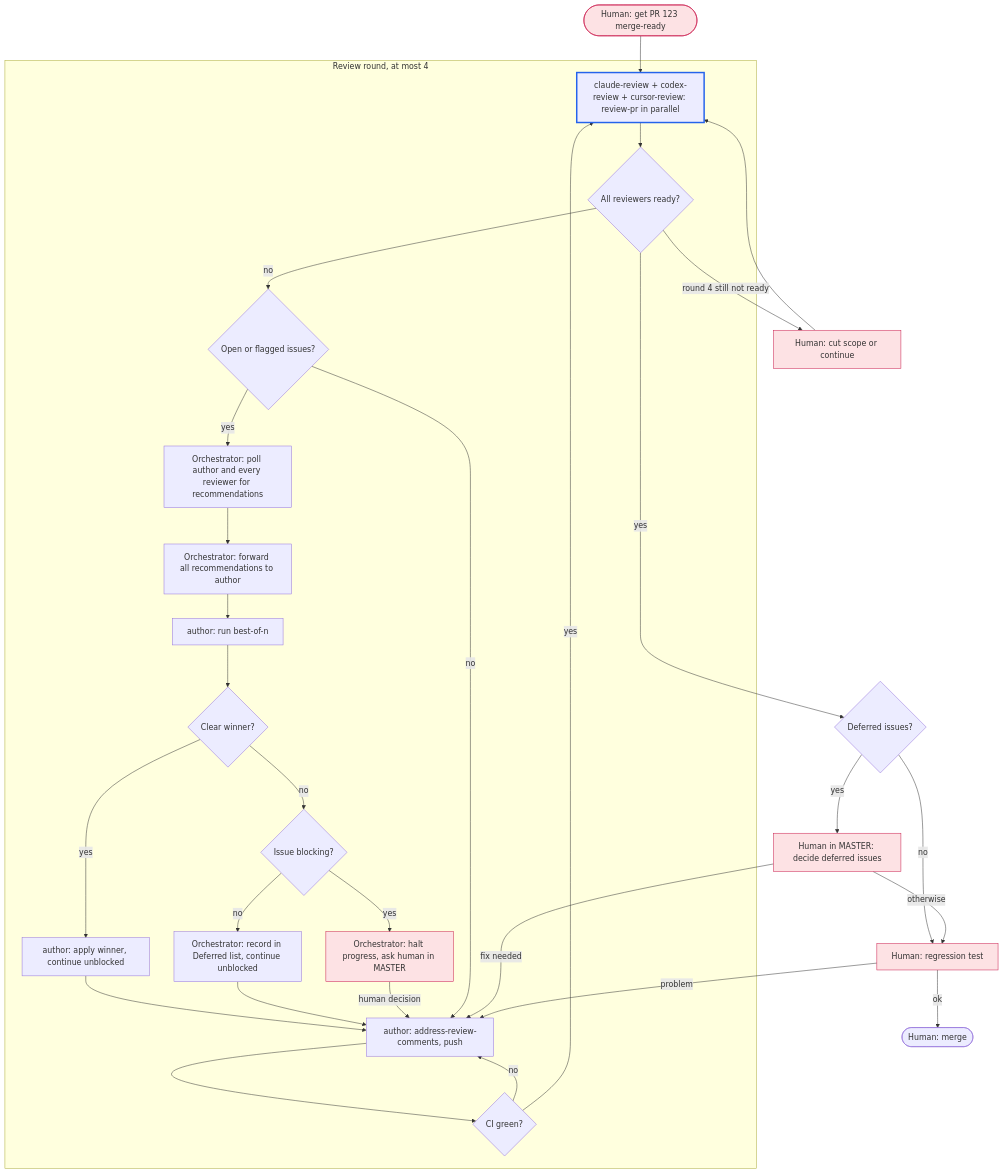
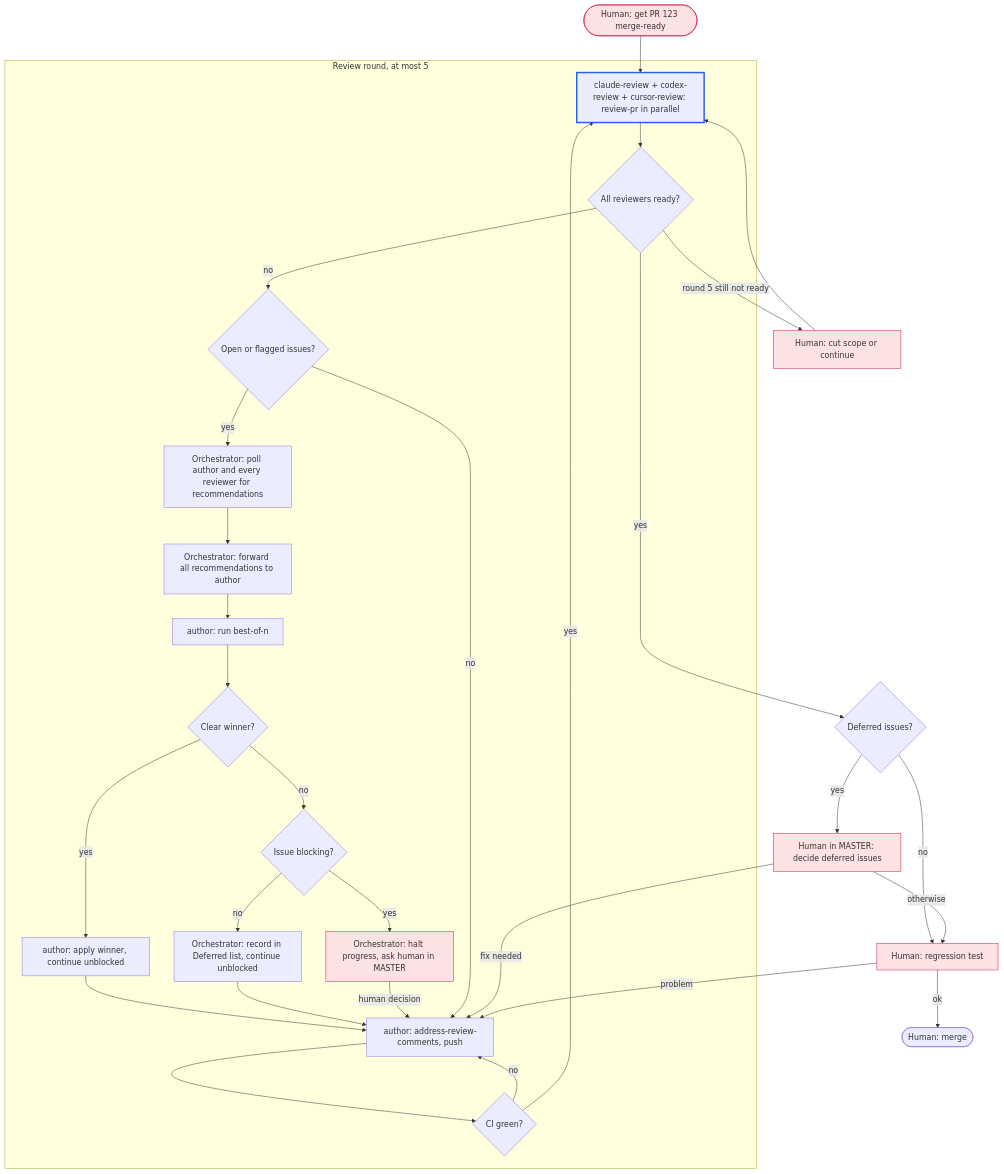
One commit to asura1234/bus changed the diagram in workflows/pr-review-loop.md. Above: the diagram before and after it, drawn with Mermaid. The commit also changed other lines of this file, not shown here.

Commit message:
docs(workflows): raise pr review loop round cap from 4 to 5

````diff
--- a/workflows/pr-review-loop.md
+++ b/workflows/pr-review-loop.md
@@ -17,39 +17,39 @@
 ```mermaid
 flowchart TD
     start([Human: get PR 123 merge-ready]):::human --> review
 
-    subgraph round [Review round, at most 4]
+    subgraph round [Review round, at most 5]
         review[claude-review + codex-review + cursor-review: review-pr in parallel]
         review --> ready{All reviewers ready?}
         ready -- no --> open{Open or flagged issues?}
         open -- yes --> poll[Orchestrator: poll author and every reviewer for recommendations]
         poll --> bestof[Orchestrator: forward all recommendations to author]
         bestof --> rank[author: run best-of-n]
         rank --> pick{Clear winner?}
         pick -- yes --> apply[author: apply winner, continue unblocked]
         apply --> fix
         pick -- no --> blocking{Issue blocking?}
         blocking -- no --> defer[Orchestrator: record in Deferred list, continue unblocked]
         defer --> fix
         blocking -- yes --> ask[Orchestrator: halt progress, ask human in MASTER]:::human
         ask -- human decision --> fix
         open -- no --> fix[author: address-review-comments, push]
         fix --> ci{CI green?}
         ci -- no --> fix
         ci -- yes --> review
     end
 
     ready -- yes --> deferred{Deferred issues?}
     deferred -- yes --> later[Human in MASTER: decide deferred issues]:::human
     deferred -- no --> regress
     later -- fix needed --> fix
     later -- otherwise --> regress[Human: regression test]:::human
-    ready -- round 4 still not ready --> stuck[Human: cut scope or continue]:::human
+    ready -- round 5 still not ready --> stuck[Human: cut scope or continue]:::human
     stuck --> review
     regress -- problem --> fix
     regress -- ok --> merge([Human: merge])
 
     classDef human fill:#fde2e4,stroke:#c9184a
     classDef current stroke-width:3px,stroke:#2563eb
     class review current
 ```
````
